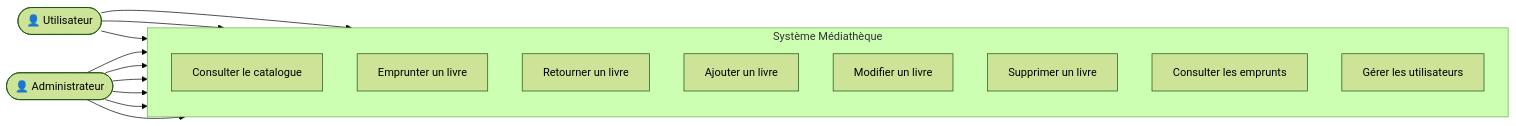
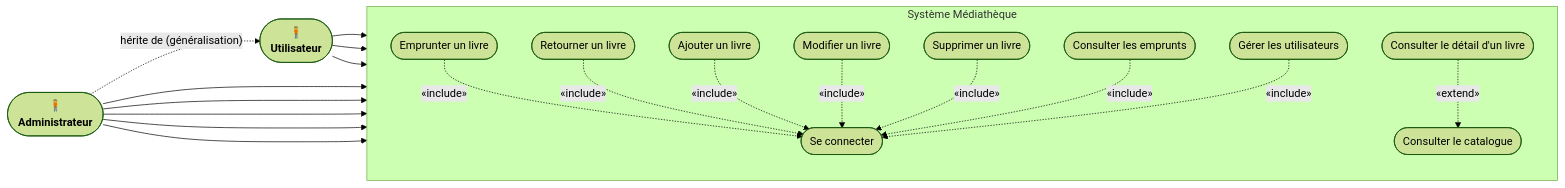
The first of 6 diagrams in analyse/ANALYSE.md (MahefasoaRAM/java-project), drawn with Mermaid (forest theme) before and after one commit. The commit also changed other lines of this file and 7 other files, not shown here.

Commit message:
feat: changed diagram to show use case

````diff
--- a/analyse/ANALYSE.md
+++ b/analyse/ANALYSE.md
@@ -107,28 +115,45 @@
 ```mermaid
 flowchart LR
-    Utilisateur(["👤 Utilisateur"])
-    Admin(["👤 Administrateur"])
 
-    subgraph Système_Médiathèque["Système Médiathèque"]
+    ADMIN(["🧍<br/><b>Administrateur</b>"])
+    UTILISATEUR(["🧍<br/><b>Utilisateur</b>"])
+
+    %% Héritage d'acteurs : Administrateur hérite d'Utilisateur
+    ADMIN -.->|"hérite de (généralisation)"| UTILISATEUR
+
+    subgraph SYSTEME["Système Médiathèque"]
         direction TB
-        UC1["Consulter le catalogue"]
-        UC2["Emprunter un livre"]
-        UC3["Retourner un livre"]
-        UC4["Ajouter un livre"]
-        UC5["Modifier un livre"]
-        UC6["Supprimer un livre"]
-        UC7["Consulter les emprunts"]
-        UC8["Gérer les utilisateurs"]
+        UC0(["Se connecter"])
+        UC1(["Consulter le catalogue"])
+        UC2(["Emprunter un livre"])
+        UC3(["Retourner un livre"])
+        UC4(["Ajouter un livre"])
+        UC5(["Modifier un livre"])
+        UC6(["Supprimer un livre"])
+        UC7(["Consulter les emprunts"])
+        UC8(["Gérer les utilisateurs"])
+
+        %% «include» : Se connecter est obligatoire avant tout cas protégé
+        UC2 -.->|"«include»"| UC0
+        UC3 -.->|"«include»"| UC0
+        UC4 -.->|"«include»"| UC0
+        UC5 -.->|"«include»"| UC0
+        UC6 -.->|"«include»"| UC0
+        UC7 -.->|"«include»"| UC0
+        UC8 -.->|"«include»"| UC0
+
+        %% «extend» : Consulter le détail étend optionnellement le catalogue
+        UCD(["Consulter le détail d'un livre"])
+        UCD -.->|"«extend»"| UC1
     end
 
-    Utilisateur --> UC1
-    Utilisateur --> UC2
-    Utilisateur --> UC3
+    UTILISATEUR --> UC1
+    UTILISATEUR --> UC2
+    UTILISATEUR --> UC3
 
-    Admin --> UC1
-    Admin --> UC4
-    Admin --> UC5
-    Admin --> UC6
-    Admin --> UC7
-    Admin --> UC8
+    ADMIN --> UC4
+    ADMIN --> UC5
+    ADMIN --> UC6
+    ADMIN --> UC7
+    ADMIN --> UC8
 ```
````
